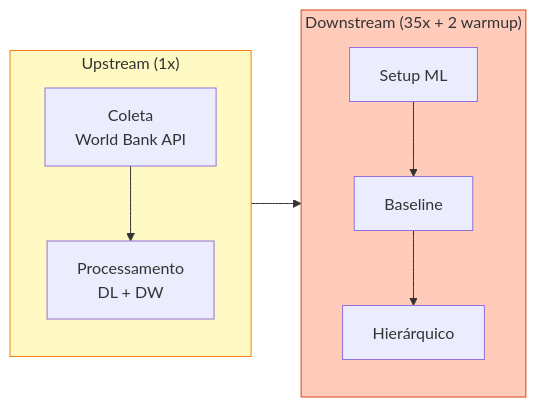
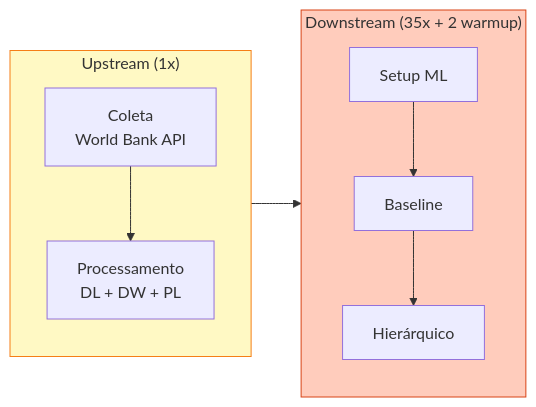
The second of 6 diagrams in docs/pipeline_diagram.md (DATA-UFMS/rampart-framework), drawn with Mermaid before and after one commit. The commit also changed other lines of this file, not shown here.

First line of the commit message:
docs: atualiza pipeline_diagram para 3 paradigmas

````diff
--- a/docs/pipeline_diagram.md
+++ b/docs/pipeline_diagram.md
@@ -165,22 +190,22 @@
 ```mermaid
 flowchart LR
     subgraph U ["Upstream (1x)"]
         direction TB
         C["Coleta\nWorld Bank API"]
-        P["Processamento\nDL + DW"]
+        P["Processamento\nDL + DW + PL"]
         C --> P
     end
 
     subgraph D ["Downstream (35x + 2 warmup)"]
         direction TB
         S["Setup ML"]
         B["Baseline"]
         H["Hierárquico"]
         S --> B --> H
     end
 
     U --> D
 
     style U fill:#fff9c4,stroke:#f57f17
     style D fill:#ffccbc,stroke:#d84315
 ```
````
